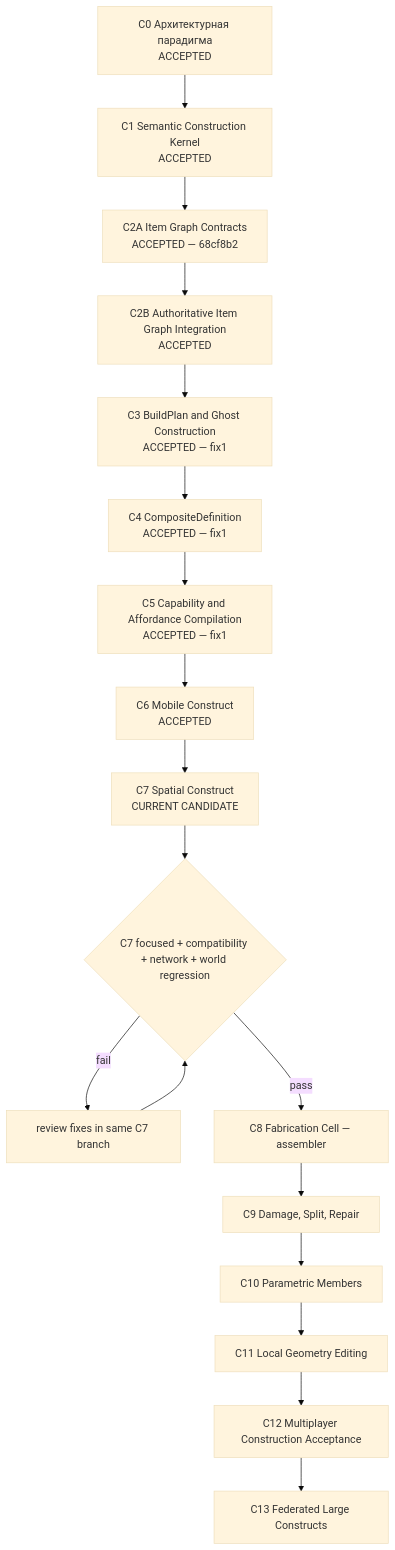
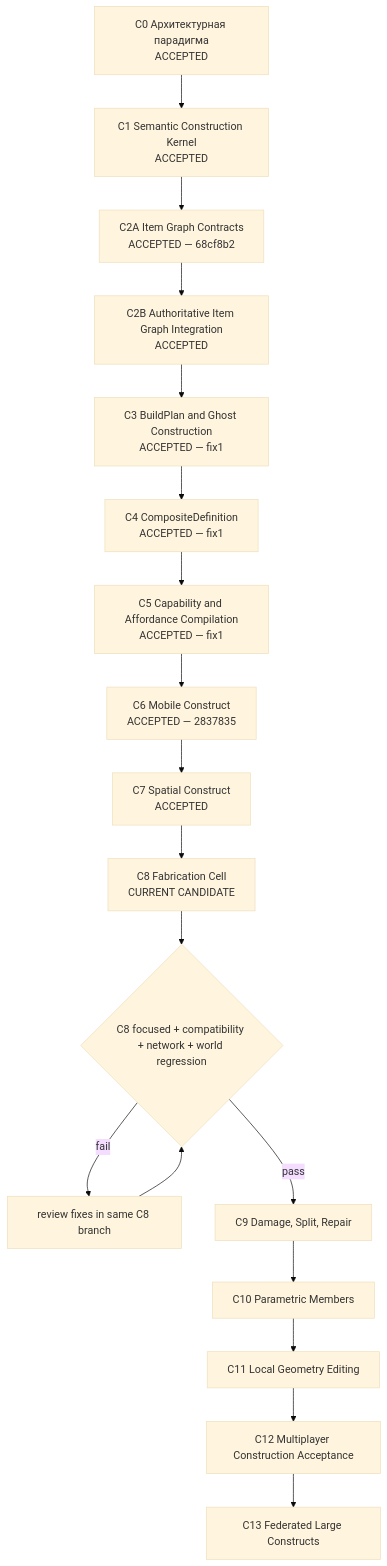
One commit to rootfabric/distributed-world-simulator changed the diagram in docs/plans/CONSTRUCTION_MAP_RU.md. Above: the diagram before and after it, drawn with Mermaid (base theme). The commit also changed other lines of this file and 44 other files, not shown here.

Commit message:
feat(construction): add authoritative fabrication cell

````diff
--- a/docs/plans/CONSTRUCTION_MAP_RU.md
+++ b/docs/plans/CONSTRUCTION_MAP_RU.md
@@ -24,20 +26,20 @@
 ```mermaid
 flowchart TD
     C0["C0 Архитектурная парадигма\nACCEPTED"] --> C1["C1 Semantic Construction Kernel\nACCEPTED"]
     C1 --> C2A["C2A Item Graph Contracts\nACCEPTED — 68cf8b2"]
     C2A --> C2B["C2B Authoritative Item Graph Integration\nACCEPTED"]
     C2B --> C3["C3 BuildPlan and Ghost Construction\nACCEPTED — fix1"]
     C3 --> C4["C4 CompositeDefinition\nACCEPTED — fix1"]
     C4 --> C5["C5 Capability and Affordance Compilation\nACCEPTED — fix1"]
-    C5 --> C6["C6 Mobile Construct\nACCEPTED"]
-    C6 --> C7["C7 Spatial Construct\nCURRENT CANDIDATE"]
-    C7 --> G7{"C7 focused + compatibility + network + world regression"}
-    G7 -- fail --> F7["review fixes in same C7 branch"]
-    F7 --> G7
-    G7 -- pass --> C8["C8 Fabrication Cell — assembler"]
-    C8 --> C9["C9 Damage, Split, Repair"]
+    C5 --> C6["C6 Mobile Construct\nACCEPTED — 2837835"]
+    C6 --> C7["C7 Spatial Construct\nACCEPTED"]
+    C7 --> C8["C8 Fabrication Cell\nCURRENT CANDIDATE"]
+    C8 --> G8{"C8 focused + compatibility + network + world regression"}
+    G8 -- fail --> F8["review fixes in same C8 branch"]
+    F8 --> G8
+    G8 -- pass --> C9["C9 Damage, Split, Repair"]
     C9 --> C10["C10 Parametric Members"]
     C10 --> C11["C11 Local Geometry Editing"]
     C11 --> C12["C12 Multiplayer Construction Acceptance"]
     C12 --> C13["C13 Federated Large Constructs"]
 ```
````
